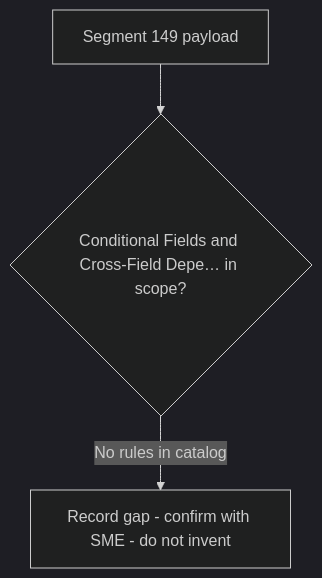
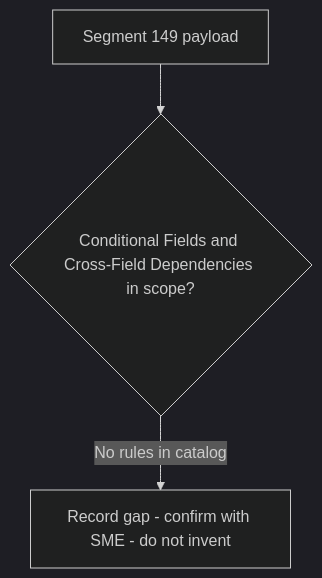
One commit to DhanSingh-hub/core-auth-ai-validation-framework changed the diagram in regression-artifact-validator/specifications/ATL105/docs/specs/kb/segment-149/conditional-dependency-rules-flow.md. Above: the diagram before and after it, drawn with Mermaid (dark theme). The commit also changed 150 other files, not shown here.

````diff
--- a/regression-artifact-validator/specifications/ATL105/docs/specs/kb/segment-149/conditional-dependency-rules-flow.md
+++ b/regression-artifact-validator/specifications/ATL105/docs/specs/kb/segment-149/conditional-dependency-rules-flow.md
@@ -3,5 +3,5 @@
 ```mermaid
 flowchart TD
-    A[Segment 149 payload] --> B{Conditional Fields and Cross-Field Depe… in scope?}
+    A[Segment 149 payload] --> B{Conditional Fields and Cross-Field Dependencies in scope?}
     B -->|No rules in catalog| G[Record gap - confirm with SME - do not invent]
 ```
````
